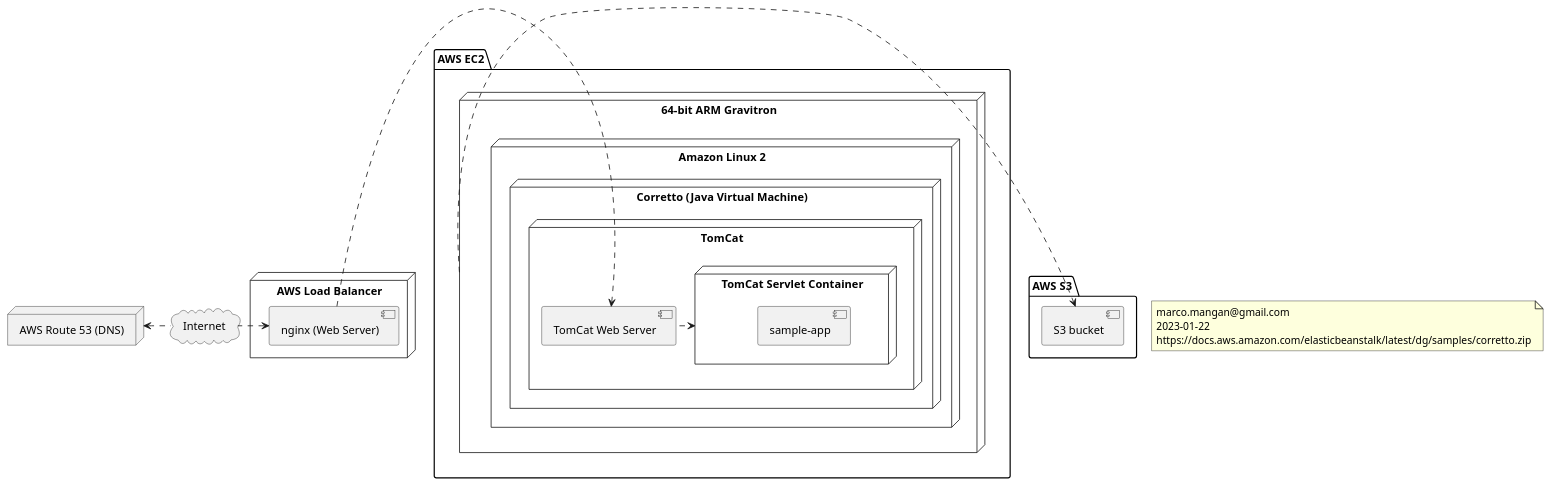
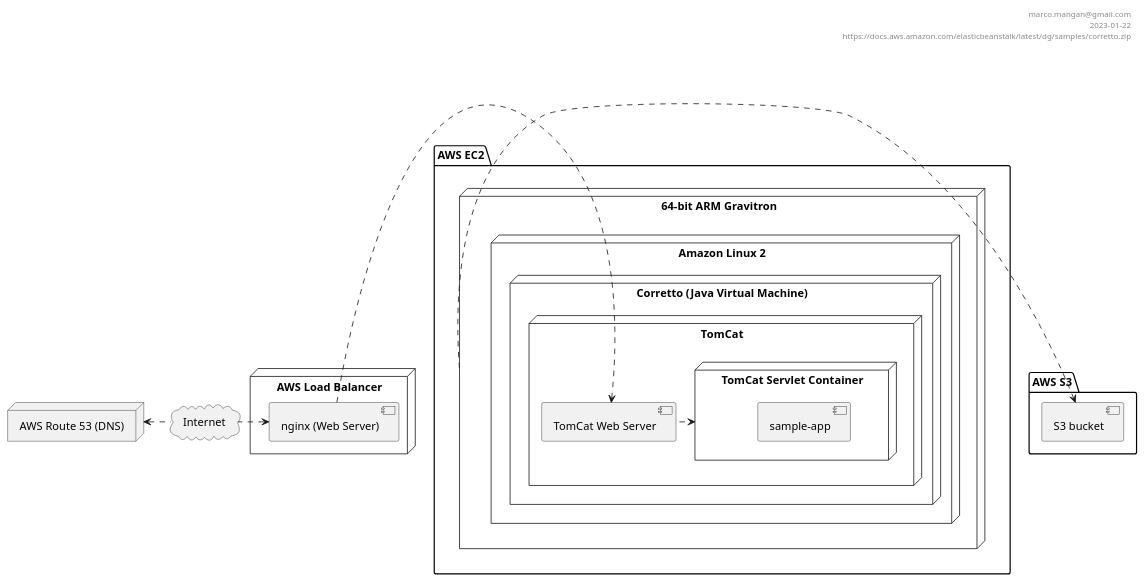
One commit to masmangan/scaling-octo-bassoon changed the diagram in aws-beanstalk-walkthrough/aws-beanstalk-pom.puml. Above: the diagram before and after it, drawn with PlantUML. The commit also changed 10 other files, not shown here.

```diff
--- a/aws-beanstalk-walkthrough/aws-beanstalk-pom.puml
+++ b/aws-beanstalk-walkthrough/aws-beanstalk-pom.puml
@@ -1,43 +1,45 @@
 @startuml
-note as N1
- marco.mangan@gmail.com
- 2023-01-22
- https://docs.aws.amazon.com/elasticbeanstalk/latest/dg/samples/corretto.zip
-end note
+
 
 package "AWS S3" {
   [S3 bucket] as Bucket
 }
 cloud "Internet" as Internet
 
 node "AWS Route 53 (DNS)" as DNS
 
 DNS <. Internet
 
 node "AWS Load Balancer" {
    component [nginx (Web Server)] as EngineX
 }
 
 EngineX <. Internet
 
 package "AWS EC2" {
 node "64-bit ARM Gravitron" as Box{
 node "Amazon Linux 2" {
   node "Corretto (Java Virtual Machine)" {
     node "TomCat" {
       [TomCat Web Server] as TomWeb
       node "TomCat Servlet Container" as TomServlet {
         component "sample-app" as App
       }
     }
   }
 }
 
 }
 EngineX .> TomWeb
 TomServlet <. TomWeb
 
 
 Box .> Bucket
 
+header
+ marco.mangan@gmail.com
+ 2023-01-22
+ https://docs.aws.amazon.com/elasticbeanstalk/latest/dg/samples/corretto.zip
+end header
+
 @enduml
```
